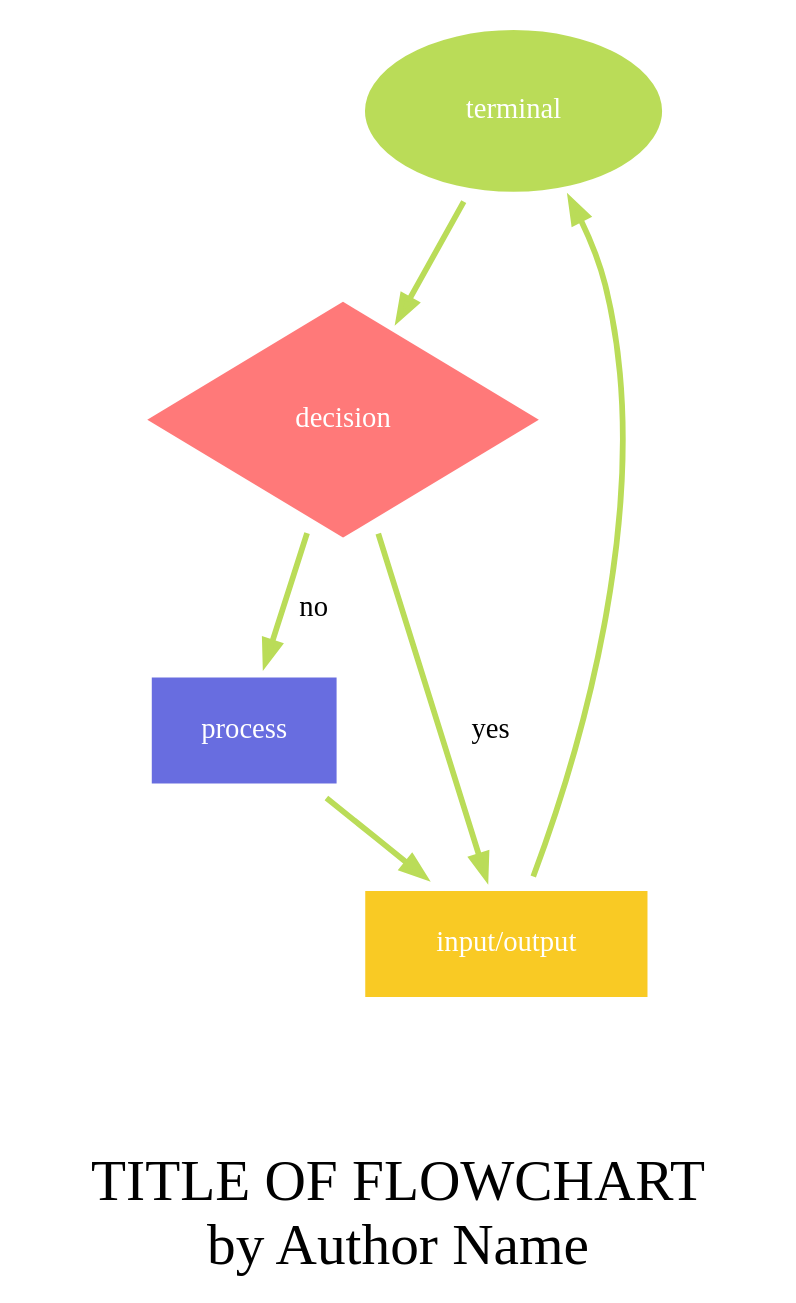
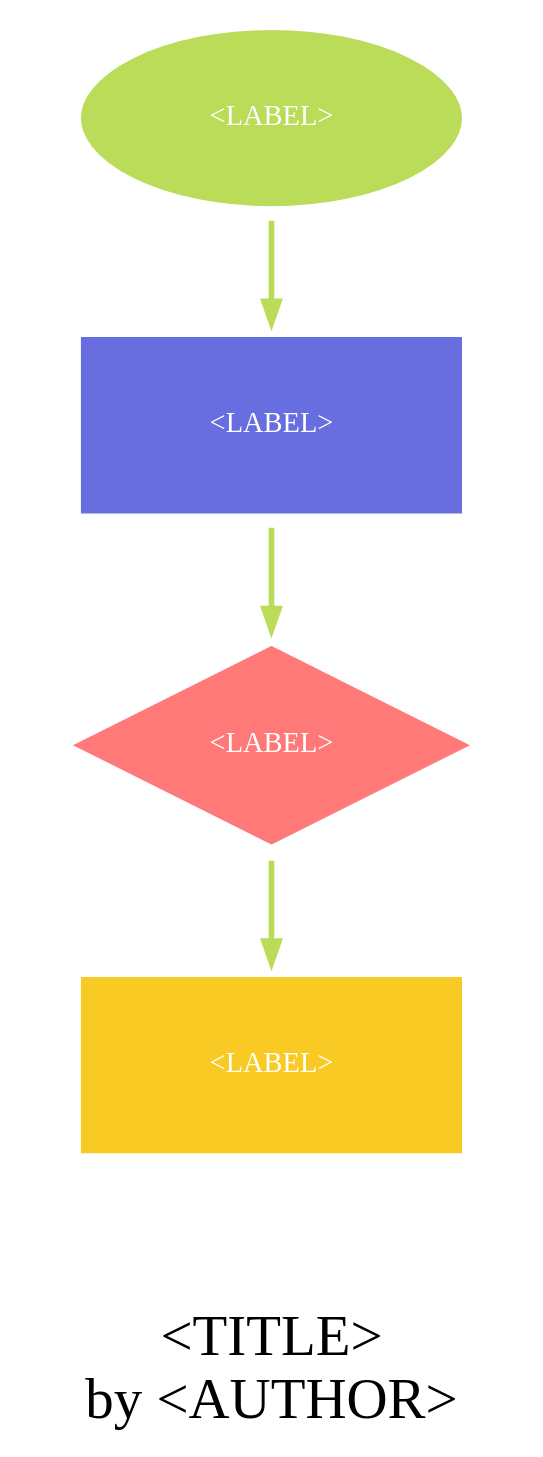
One commit to michaeledwards-au/graphviz-flowchart changed the diagram in example/example.dot. Above: the diagram before and after it, drawn with Graphviz. The commit also changed 2 other files, not shown here.

```diff
--- a/example/example.dot
+++ b/example/example.dot
@@ -1,55 +1,72 @@
 digraph G {
 
-  //== graph setup and edge/node defaults ==//
-  fontsize="40"; margin="1"; nodesep=0.75; ranksep=0.75;
-  node [fontname="serif bold" penwidth=20 style=filled fontcolor=white color=white fontsize=20 margin=0.5];
-  edge [color="#badc58" fontsize=20 penwidth=4 arrowsize=1.5 fontname="serif"];
+//============================================================================//
+// GRAPH
+//============================================================================//
+
+// graph setup
+fontsize="40"; margin="1"; nodesep="1"; ranksep="1"; splines="ortho";
+
+// default node setup
+node [color=white fontcolor="white" fontname="serif bold" fontsize="20"
+fixedsize="true" height="2" margin="0.5" penwidth="20" style="filled"
+width="4"];
+
+// default edge setup
+edge [arrowsize="1.5" color="#badc58" fontname="serif"fontsize="20" 
+penwidth="4"];
   
-    // <GRAPH TITLE GOES HERE>
-    label="\n\n TITLE OF FLOWCHART \n by Author Name ";
+// [GRAPH TITLE]--------------------------------------------------------------//
+
+label="\n\n <TITLE> \n by <AUTHOR> ";
   
-  //====================//
-  // NODES
-  //====================//
+//============================================================================//
+// NODES
+//============================================================================//
 
-  //== terminal node setup ==//
-  node [shape=oval fillcolor="#badc58"];
+// terminal node setup
+node [fillcolor="#badc58" shape="oval"];
+  
+// [TERMINAL NODES]-----------------------------------------------------------//     
+  
+te0101 [label="<LABEL>"];
+  
+//----------------------------------------------------------------------------//
+ 
+// decision node setup
+node [fillcolor="#ff7979" height="2.25" shape="diamond" width="4.5"];
 
-    // <TERMINAL NODES GO HERE>
-    te01 [label="terminal"];
+// [DECISION NODES]-----------------------------------------------------------//     
+
+de0101 [label="<LABEL>"];
+
+//----------------------------------------------------------------------------//
  
-  //== decision node setup ==//
-  node [shape=diamond fillcolor="#ff7979" ];
+// process node setup
+node [fillcolor="#686de0" height="2" shape="box" width="4"];
 
-    // <DECISION NODES GO HERE>
-    de01 [label="decision"];
+// [PROCESS NODES]------------------------------------------------------------//     
+
+pr0101 [label="<LABEL>"];
+
+//----------------------------------------------------------------------------//
  
-  //== process node setup ==//
-  node [shape=box fillcolor="#686de0" ];
+// input/output node setup
+node [fillcolor="#f9ca24" fontname="courier bold" shape="box"];
 
-    // <PROCESS NODES GO HERE>
-    pr01 [label="process"];
+// [INPUT/OUTPUT NODES]-------------------------------------------------------//
 
-  //== input/output node setup ==//
-  node [shape=box fillcolor="#f9ca24" fontname="courier bold" ];
+io0101 [label="<LABEL>"];
 
-    // <INPUT/OUTPUT NODES GO HERE>
-    io01 [label="input/output"];
+//----------------------------------------------------------------------------//          
 
-  //====================//
-  // EDGES 
-  //====================//
+//============================================================================//
+// EDGES 
+//============================================================================//
 
-    // <TERMINAL EDGES GO HERE>
-    te01 -> de01;
- 
-    // <DECISION NODES GO HERE>
-    de01 -> io01 [label=" yes "];
-    de01 -> pr01 [label=" no "];
-  
-    // <PROCESS NODES GO HERE>
-    pr01 -> io01;
-  
-    // <INPUT/OUTPUT NODES GO HERE>
-    io01 -> te01;
+te0101 -> pr0101;
+pr0101 -> de0101;
+de0101 -> io0101;
+
+//============================================================================//
 }
```
